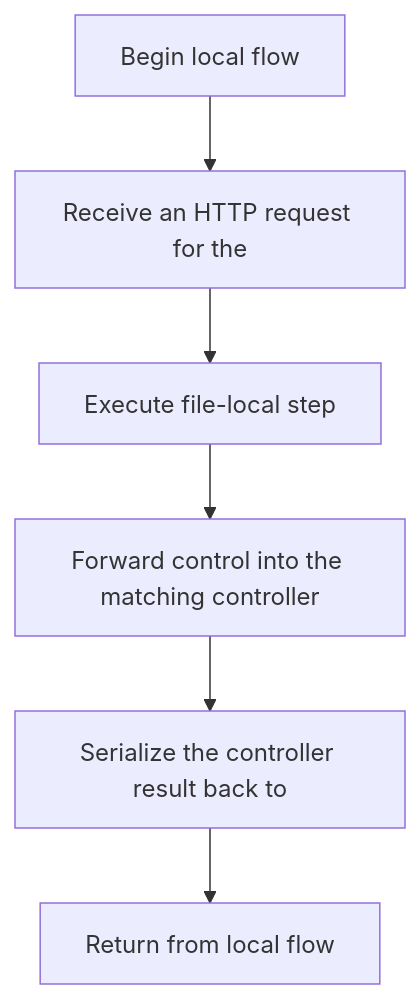
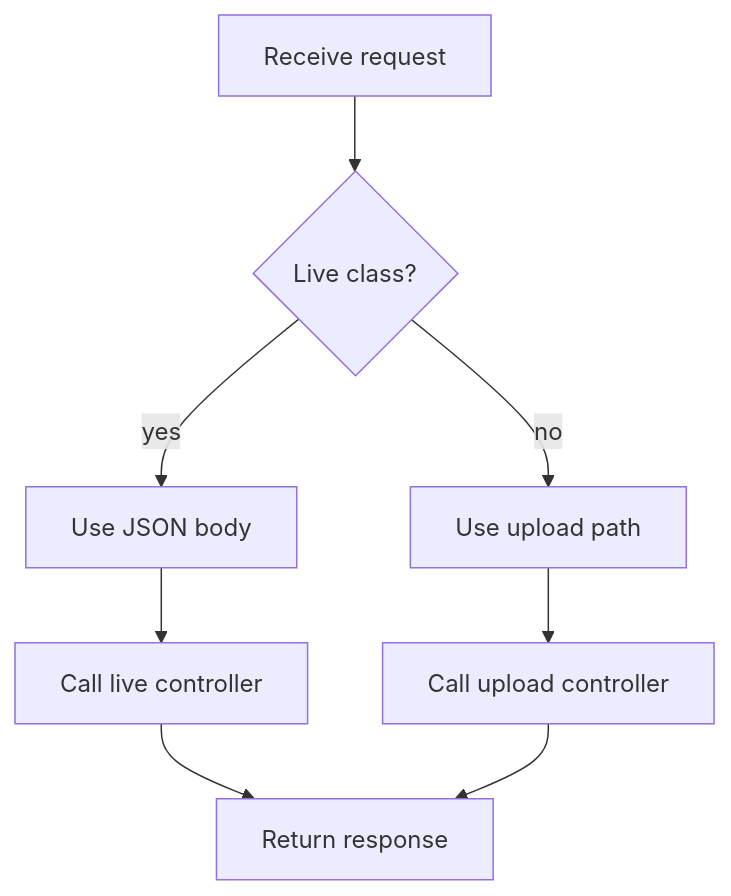
One commit to JohnAndrewBalbarosa/NeoTerritory changed the diagram in docs/Codebase/Backend/src/routes/transform.js.md. Above: the diagram before and after it, drawn with Mermaid. The commit also changed other lines of this file and 25 other files, not shown here.

First line of the commit message:
Update docs for live class-analysis flow

````diff
--- a/docs/Codebase/Backend/src/routes/transform.js.md
+++ b/docs/Codebase/Backend/src/routes/transform.js.md
@@ -21,14 +26,17 @@
 ```mermaid
 flowchart TD
-    Start["Begin local flow"]
-    N0["Receive an HTTP request for the"]
-    N1["Execute file-local step"]
-    N2["Forward control into the matching controller"]
-    N3["Serialize the controller result back to"]
-    End["Return from local flow"]
-    Start --> N0
+    Start["Receive request"]
+    D1{"Live class?"}
+    N0["Use JSON body"]
+    N1["Call live controller"]
+    N2["Use upload path"]
+    N3["Call upload controller"]
+    End["Return response"]
+    Start --> D1
+    D1 -->|yes| N0
     N0 --> N1
-    N1 --> N2
+    D1 -->|no| N2
     N2 --> N3
+    N1 --> End
     N3 --> End
 ```
````
